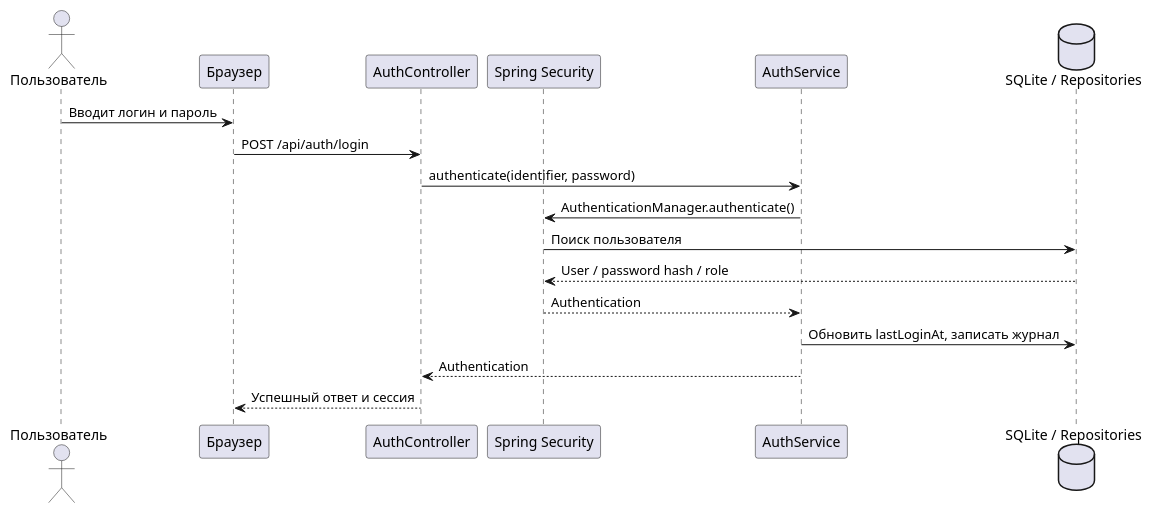
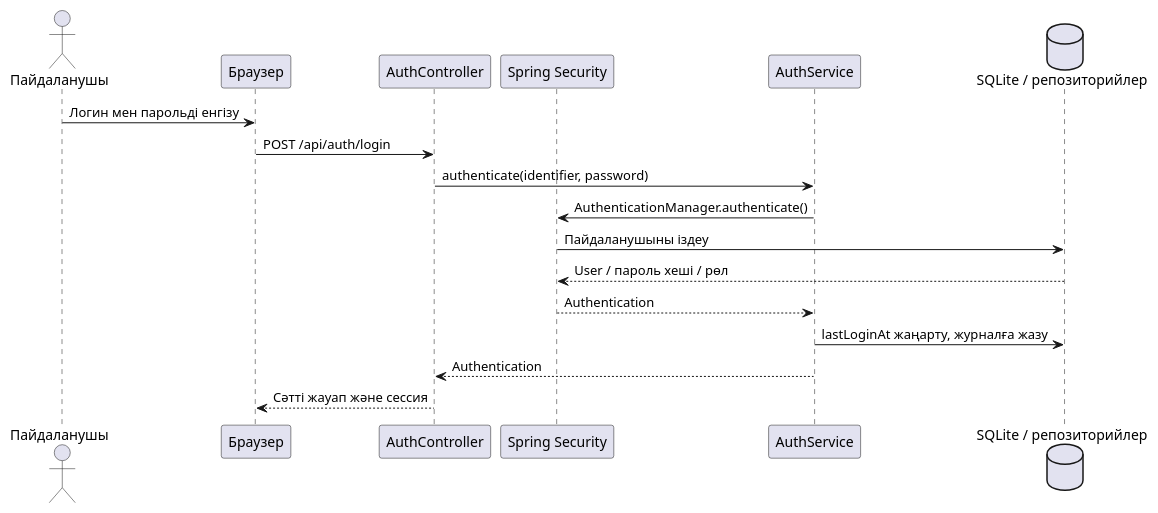
The diagram in docs/UML/sequence-auth.puml (FURIA-Team/-SIEM), drawn with PlantUML before and after one commit.

Commit message:
docs: translate UML diagram labels into Kazakh

```diff
--- a/docs/UML/sequence-auth.puml
+++ b/docs/UML/sequence-auth.puml
@@ -1,18 +1,18 @@
 @startuml
-actor Пользователь
+actor Пайдаланушы
 participant "Браузер" as Browser
 participant "AuthController" as Controller
 participant "Spring Security" as Security
 participant "AuthService" as Service
-database "SQLite / Repositories" as DB
-Пользователь -> Browser : Вводит логин и пароль
+database "SQLite / репозиторийлер" as DB
+Пайдаланушы -> Browser : Логин мен парольді енгізу
 Browser -> Controller : POST /api/auth/login
 Controller -> Service : authenticate(identifier, password)
 Service -> Security : AuthenticationManager.authenticate()
-Security -> DB : Поиск пользователя
-DB --> Security : User / password hash / role
+Security -> DB : Пайдаланушыны іздеу
+DB --> Security : User / пароль хеші / рөл
 Security --> Service : Authentication
-Service -> DB : Обновить lastLoginAt, записать журнал
+Service -> DB : lastLoginAt жаңарту, журналға жазу
 Service --> Controller : Authentication
-Controller --> Browser : Успешный ответ и сессия
+Controller --> Browser : Сәтті жауап және сессия
 @enduml
```
